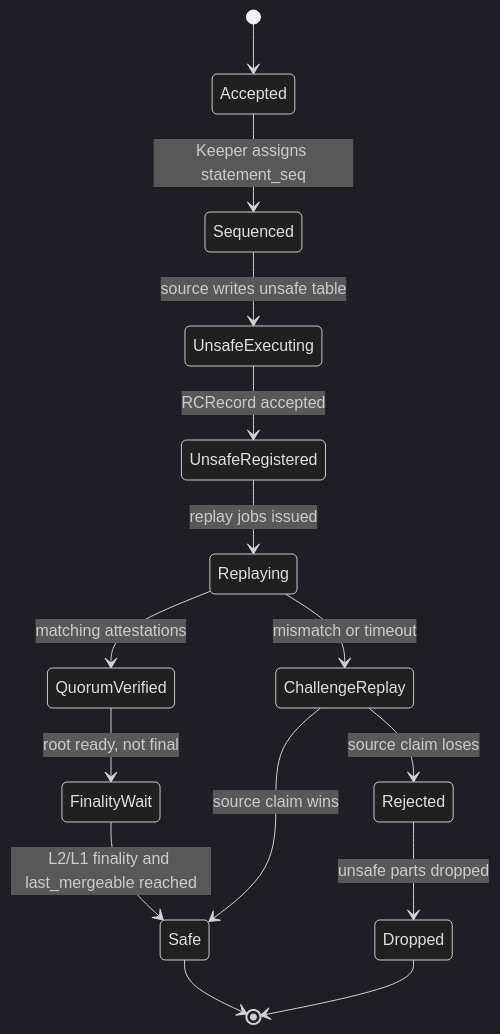
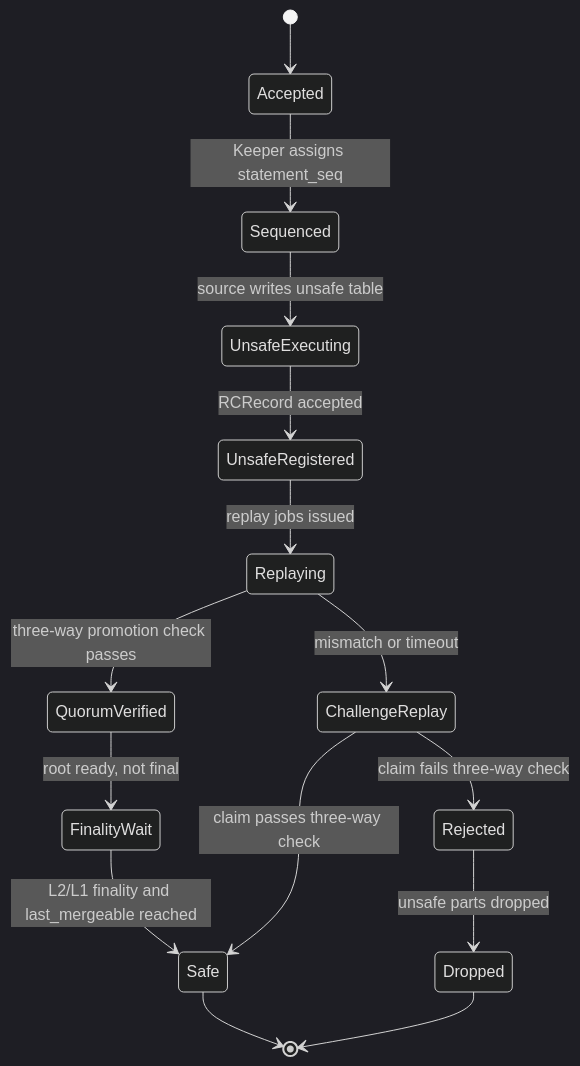
Before and after one commit to housegate/housegate: the third of 3 diagrams in docs/superpowers/specs/2026-06-22-storage-integrity-design.md, drawn with Mermaid (dark theme). The commit also changed other lines of this file and 1 other file, not shown here.

````diff
--- a/docs/superpowers/specs/2026-06-22-storage-integrity-design.md
+++ b/docs/superpowers/specs/2026-06-22-storage-integrity-design.md
@@ -524,17 +524,17 @@
 ```mermaid
 stateDiagram-v2
     [*] --> Accepted
     Accepted --> Sequenced: Keeper assigns statement_seq
     Sequenced --> UnsafeExecuting: source writes unsafe table
     UnsafeExecuting --> UnsafeRegistered: RCRecord accepted
     UnsafeRegistered --> Replaying: replay jobs issued
-    Replaying --> QuorumVerified: matching attestations
+    Replaying --> QuorumVerified: three-way promotion check passes
     Replaying --> ChallengeReplay: mismatch or timeout
     QuorumVerified --> FinalityWait: root ready, not final
     FinalityWait --> Safe: L2/L1 finality and last_mergeable reached
-    ChallengeReplay --> Safe: source claim wins
-    ChallengeReplay --> Rejected: source claim loses
+    ChallengeReplay --> Safe: claim passes three-way check
+    ChallengeReplay --> Rejected: claim fails three-way check
     Rejected --> Dropped: unsafe parts dropped
     Safe --> [*]
     Dropped --> [*]
 ```
````
